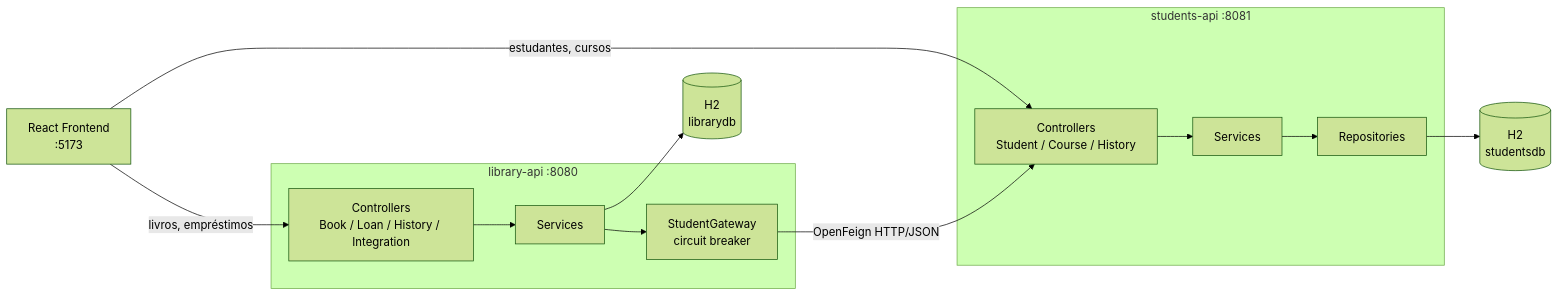
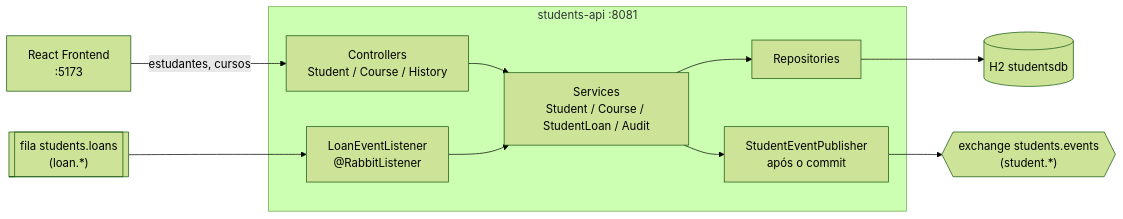
One commit to gustacassel/gustavo_cassel_PB_TP4 changed the first of 2 diagrams in students-api/README.md. Above: the diagram before and after it, drawn with Mermaid (forest theme). The commit also changed other lines of this file and 4 other files, not shown here.

Commit message:
Update documentation for event-driven architecture and set Vite port to 5173

````diff
--- a/students-api/README.md
+++ b/students-api/README.md
@@ -9,24 +14,20 @@
 ```mermaid
 flowchart LR
     FE[React Frontend<br/>:5173]
 
-    subgraph L["library-api :8080"]
-        LC[Controllers<br/>Book / Loan / History / Integration]
-        LS[Services]
-        GW[StudentGateway<br/>circuit breaker]
-        LC --> LS --> GW
+    subgraph S["students-api :8081"]
+        SC[Controllers<br/>Student / Course / History]
+        SS[Services<br/>Student / Course / StudentLoan / Audit]
+        SR[Repositories]
+        PUB[StudentEventPublisher<br/>após o commit]
+        LIS["LoanEventListener<br/>@RabbitListener"]
+        SC --> SS --> SR
+        SS --> PUB
+        LIS --> SS
     end
 
-    subgraph S["students-api :8081"]
-        SC[Controllers<br/>Student / Course / History]
-        SS[Services]
-        SR[Repositories]
-        SC --> SS --> SR
-    end
-
-    FE -->|livros, empréstimos| LC
     FE -->|estudantes, cursos| SC
-    GW -->|OpenFeign HTTP/JSON| SC
-    SR --> SDB[(H2<br/>studentsdb)]
-    LS --> LDB[(H2<br/>librarydb)]
+    SR --> SDB[(H2 studentsdb)]
+    PUB --> X1{{"exchange students.events<br/>(student.*)"}}
+    Q2[["fila students.loans<br/>(loan.*)"]] --> LIS
 ```
````
